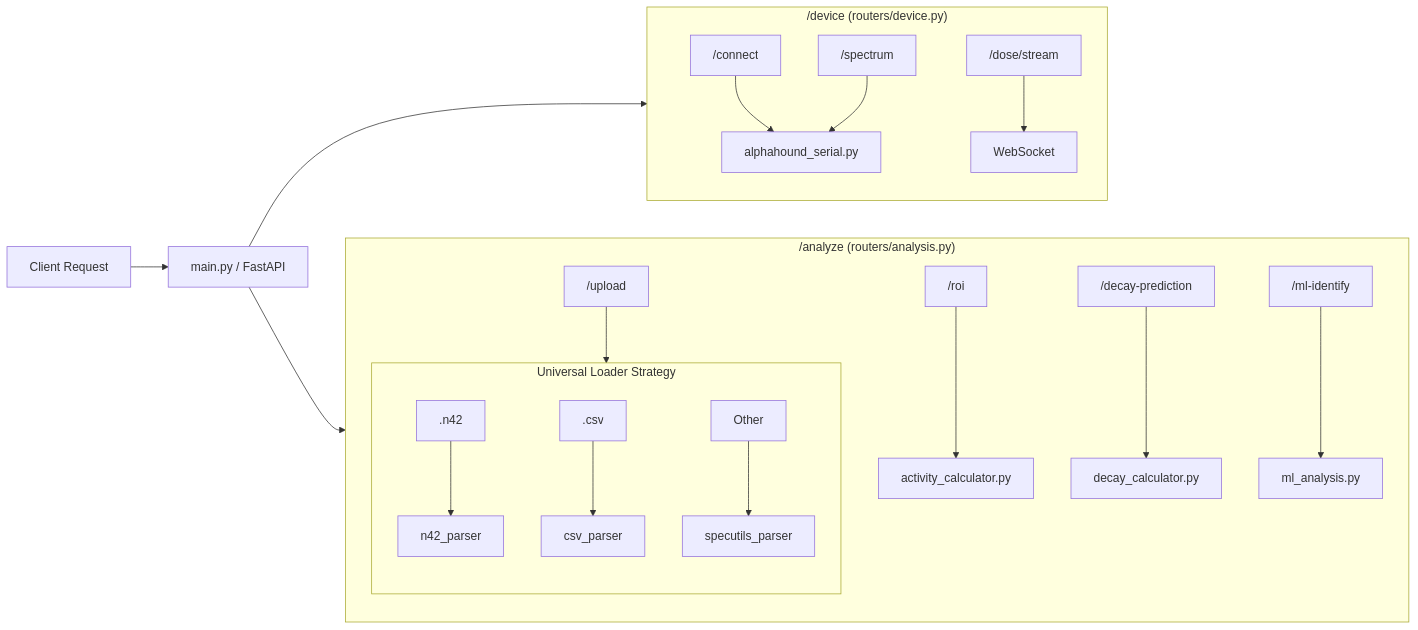
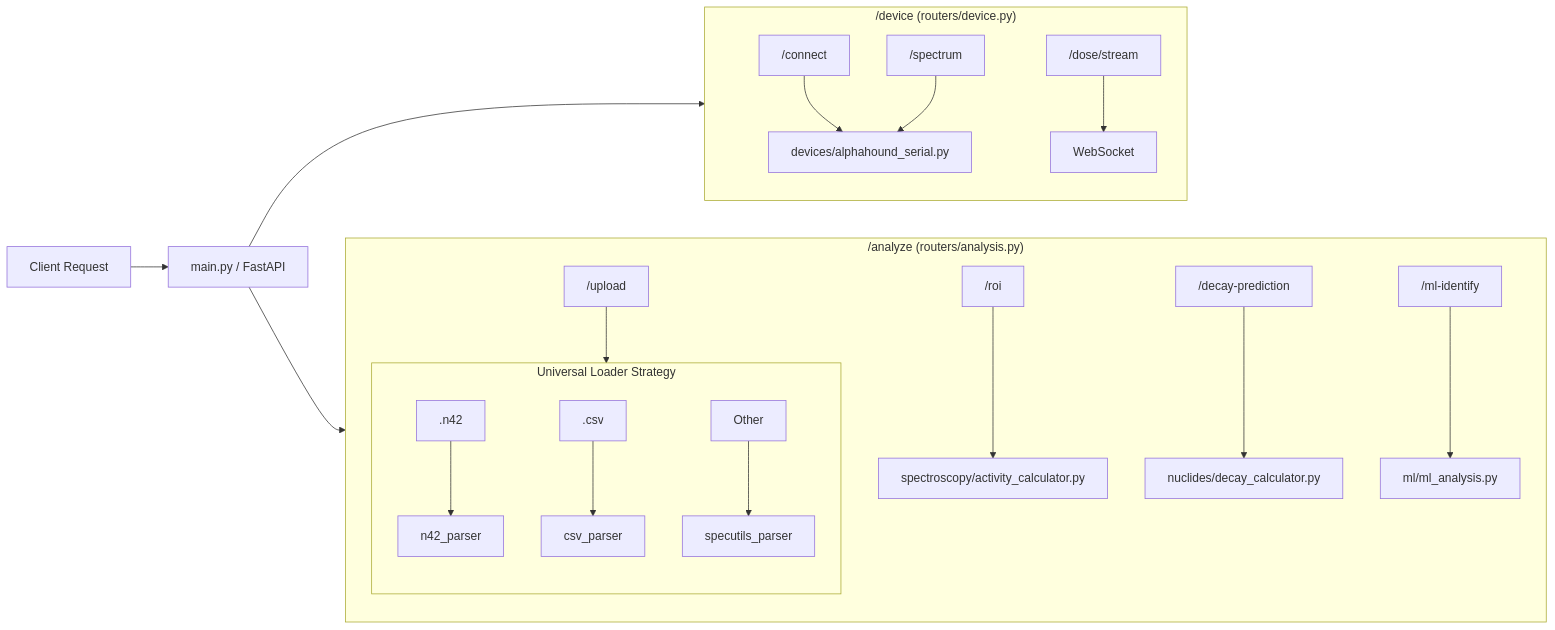
The second of 7 diagrams in docs/THEORY_OF_OPERATION.md (staticx57/AlphaHoundGUI), drawn with Mermaid before and after one commit. The commit also changed other lines of this file and 97 other files, not shown here.

````diff
--- a/docs/THEORY_OF_OPERATION.md
+++ b/docs/THEORY_OF_OPERATION.md
@@ -70,26 +70,26 @@
 ```mermaid
 graph LR
     Req[Client Request] --> Main[main.py / FastAPI]
     
     subgraph DeviceRoutes["/device (routers/device.py)"]
-        D_Conn["/connect"] --> Serial[alphahound_serial.py]
+        D_Conn["/connect"] --> Serial[devices/alphahound_serial.py]
         D_Spec["/spectrum"] --> Serial
         D_Dose["/dose/stream"] --> WS[WebSocket]
     end
     
     subgraph AnalysisRoutes["/analyze (routers/analysis.py)"]
         A_Up["/upload"] --> ParserLogic{Parser Selector}
-        A_ROI["/roi"] --> ActCalc[activity_calculator.py]
-        A_Decay["/decay-prediction"] --> DecayCalc[decay_calculator.py]
-        A_ML["/ml-identify"] --> ML[ml_analysis.py]
+        A_ROI["/roi"] --> ActCalc[spectroscopy/activity_calculator.py]
+        A_Decay["/decay-prediction"] --> DecayCalc[nuclides/decay_calculator.py]
+        A_ML["/ml-identify"] --> ML[ml/ml_analysis.py]
     end
     
     subgraph ParserLogic["Universal Loader Strategy"]
         P_N42[.n42] --> N42P[n42_parser]
         P_CSV[.csv] --> CSVP[csv_parser]
         P_Gen[Other] --> SpecU[specutils_parser]
     end
     
     Main --> DeviceRoutes
     Main --> AnalysisRoutes
 ```
````
